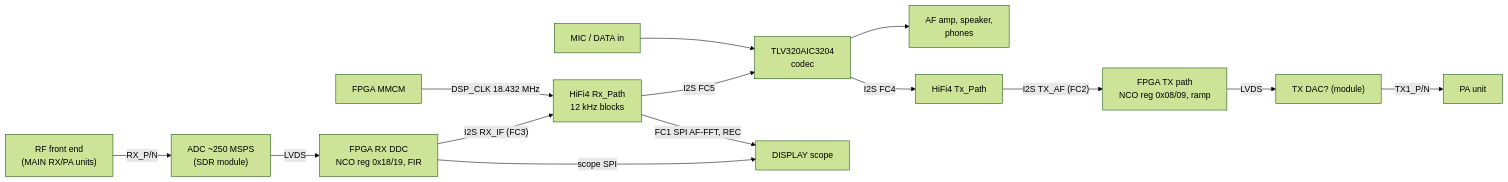
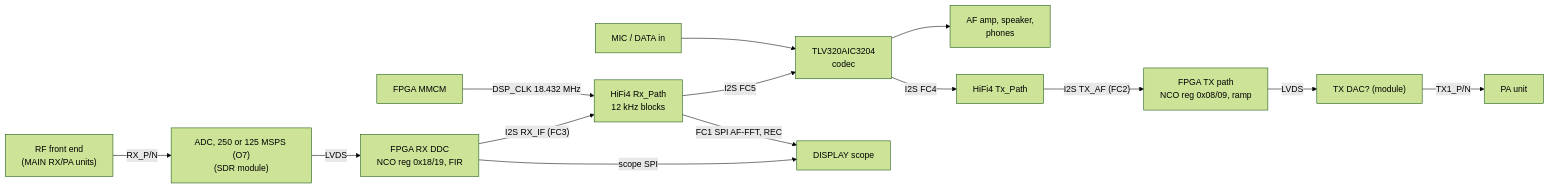
Before and after one commit to Reid-n0rc/FT-710_Firmware: the third of 14 diagrams in docs/code/system.md, drawn with Mermaid (forest theme). The commit also changed other lines of this file and 8 other files, not shown here.

````diff
--- a/docs/code/system.md
+++ b/docs/code/system.md
@@ -114,16 +114,16 @@
 ```mermaid
 flowchart LR
-  ANT["RF front end<br/>(MAIN RX/PA units)"] -->|"RX_P/N"| ADC["ADC ~250 MSPS<br/>(SDR module)"]
+  ANT["RF front end<br/>(MAIN RX/PA units)"] -->|"RX_P/N"| ADC["ADC, 250 or 125 MSPS (O7)<br/>(SDR module)"]
   ADC -->|LVDS| DDC["FPGA RX DDC<br/>NCO reg 0x18/19, FIR"]
   DDC -->|"I2S RX_IF (FC3)"| RXP["HiFi4 Rx_Path<br/>12 kHz blocks"]
   RXP -->|"I2S FC5"| COD["TLV320AIC3204<br/>codec"]
   COD --> SPK["AF amp, speaker,<br/>phones"]
   MIC["MIC / DATA in"] --> COD
   COD -->|"I2S FC4"| TXP["HiFi4 Tx_Path"]
   TXP -->|"I2S TX_AF (FC2)"| TXF["FPGA TX path<br/>NCO reg 0x08/09, ramp"]
   TXF -->|LVDS| DAC["TX DAC? (module)"]
   DAC -->|"TX1_P/N"| PA["PA unit"]
   F2["FPGA MMCM"] -->|"DSP_CLK 18.432 MHz"| RXP
   DDC -->|"scope SPI"| DISP["DISPLAY scope"]
   RXP -->|"FC1 SPI AF-FFT, REC"| DISP
 ```
````
